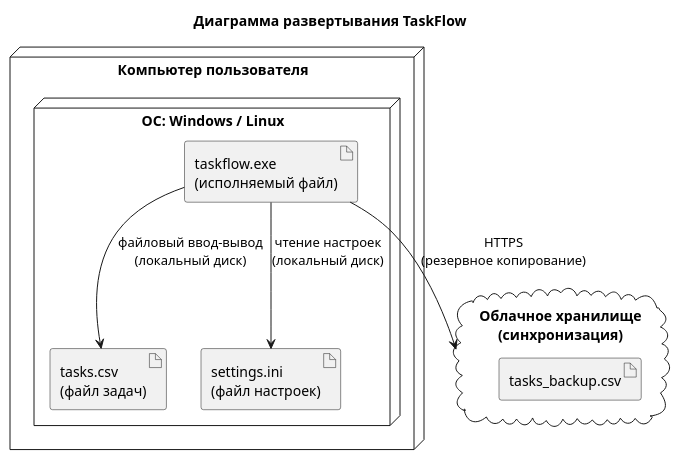
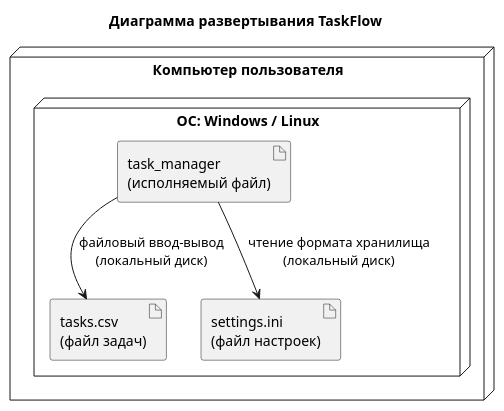
One commit to Ruslan1209/TaskFlow changed the diagram in docs/uml/04_deployment.puml. Above: the diagram before and after it, drawn with PlantUML.

```diff
--- a/docs/uml/04_deployment.puml
+++ b/docs/uml/04_deployment.puml
@@ -1,19 +1,14 @@
 @startuml 04_deployment
 title Диаграмма развертывания TaskFlow
 
 node "Компьютер пользователя" as PC {
   node "ОС: Windows / Linux" as OS {
-    artifact "taskflow.exe\n(исполняемый файл)" as Exe
+    artifact "task_manager\n(исполняемый файл)" as Exe
     artifact "tasks.csv\n(файл задач)" as Tasks
     artifact "settings.ini\n(файл настроек)" as Cfg
   }
 }
 
-cloud "Облачное хранилище\n(синхронизация)" as Cloud {
-  artifact "tasks_backup.csv" as Backup
-}
-
 Exe --> Tasks : файловый ввод-вывод\n(локальный диск)
-Exe --> Cfg : чтение настроек\n(локальный диск)
-Exe --> Cloud : HTTPS\n(резервное копирование)
+Exe --> Cfg : чтение формата хранилища\n(локальный диск)
 @enduml
```
